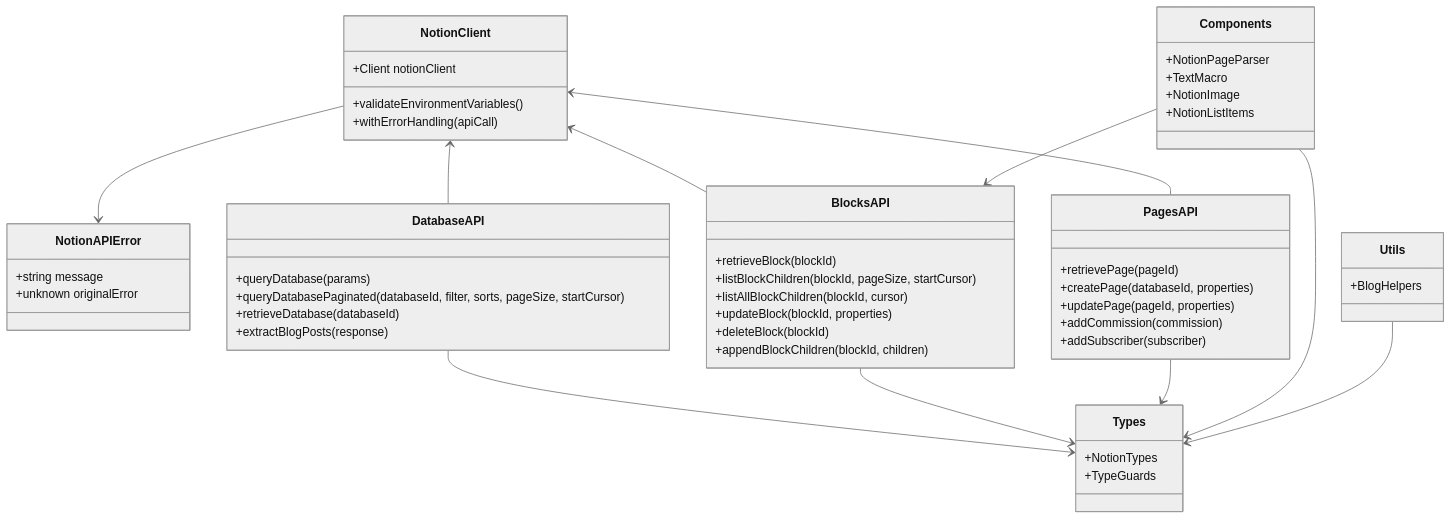
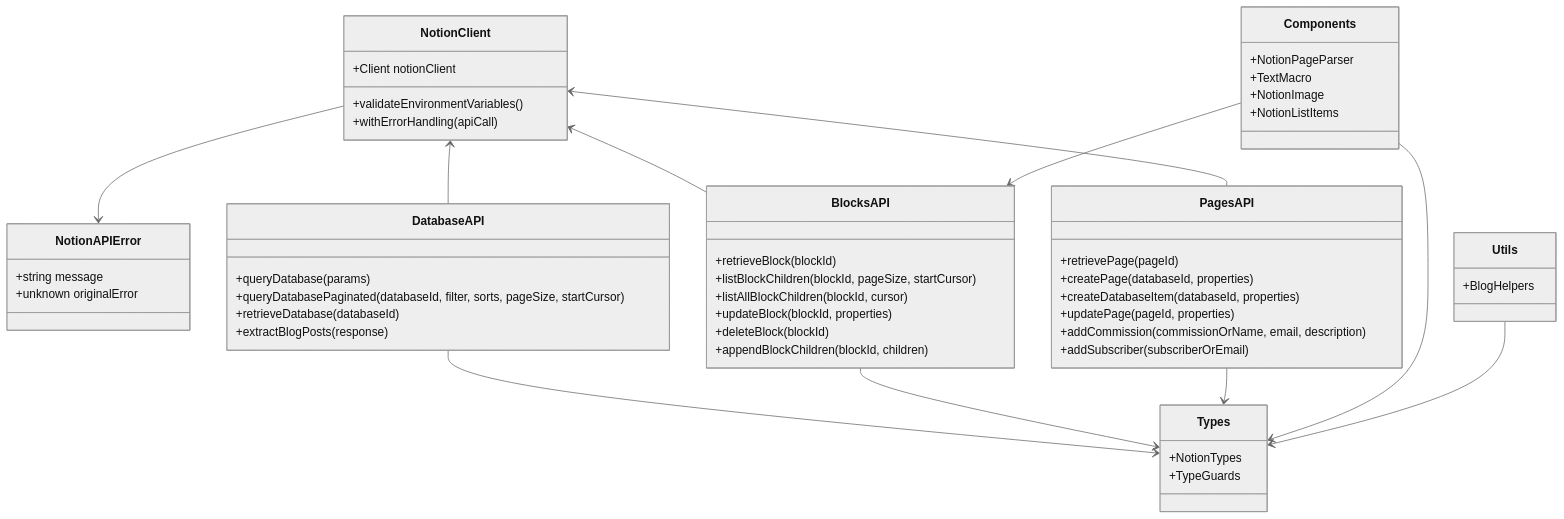
The diagram in src/lib/notion/API_DOCUMENTATION.md (3mdistal/alicealexandra.com), drawn with Mermaid (neutral theme) before and after one commit. The commit also changed other lines of this file and 3 other files, not shown here.

````diff
--- a/src/lib/notion/API_DOCUMENTATION.md
+++ b/src/lib/notion/API_DOCUMENTATION.md
@@ -19,67 +19,68 @@
 ```mermaid
 classDiagram
     class NotionClient {
         +Client notionClient
         +validateEnvironmentVariables()
         +withErrorHandling(apiCall)
     }
 
     class NotionAPIError {
         +string message
         +unknown originalError
     }
 
     class DatabaseAPI {
         +queryDatabase(params)
         +queryDatabasePaginated(databaseId, filter, sorts, pageSize, startCursor)
         +retrieveDatabase(databaseId)
         +extractBlogPosts(response)
     }
 
     class BlocksAPI {
         +retrieveBlock(blockId)
         +listBlockChildren(blockId, pageSize, startCursor)
         +listAllBlockChildren(blockId, cursor)
         +updateBlock(blockId, properties)
         +deleteBlock(blockId)
         +appendBlockChildren(blockId, children)
     }
 
     class PagesAPI {
         +retrievePage(pageId)
         +createPage(databaseId, properties)
+        +createDatabaseItem(databaseId, properties)
         +updatePage(pageId, properties)
-        +addCommission(commission)
-        +addSubscriber(subscriber)
+        +addCommission(commissionOrName, email, description)
+        +addSubscriber(subscriberOrEmail)
     }
 
     class Components {
         +NotionPageParser
         +TextMacro
         +NotionImage
         +NotionListItems
     }
 
     class Types {
         +NotionTypes
         +TypeGuards
     }
 
     class Utils {
         +BlogHelpers
     }
 
     NotionClient <-- DatabaseAPI
     NotionClient <-- BlocksAPI
     NotionClient <-- PagesAPI
     NotionClient --> NotionAPIError
 
     DatabaseAPI --> Types
     BlocksAPI --> Types
     PagesAPI --> Types
 
     Components --> Types
     Components --> BlocksAPI
 
     Utils --> Types
 ```
````
